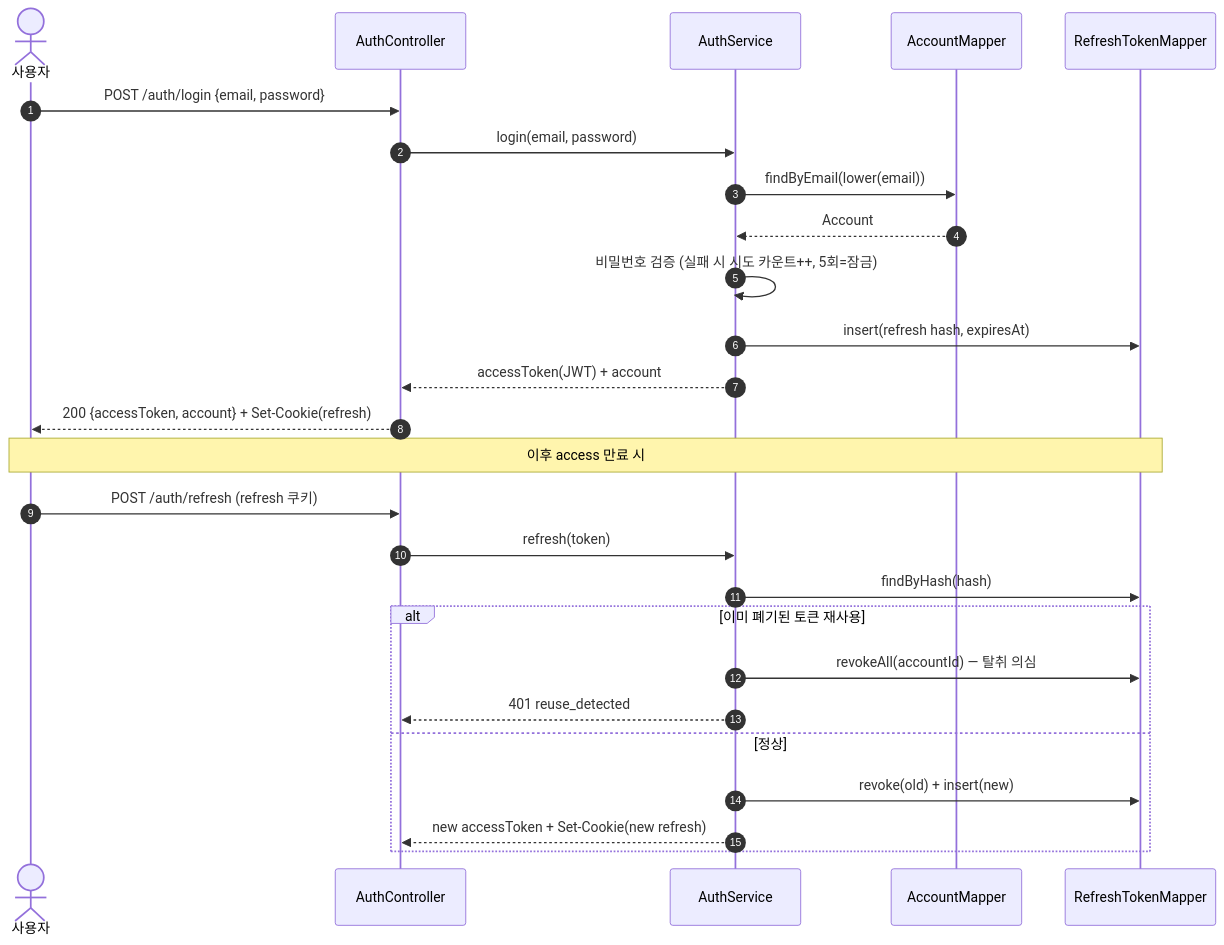
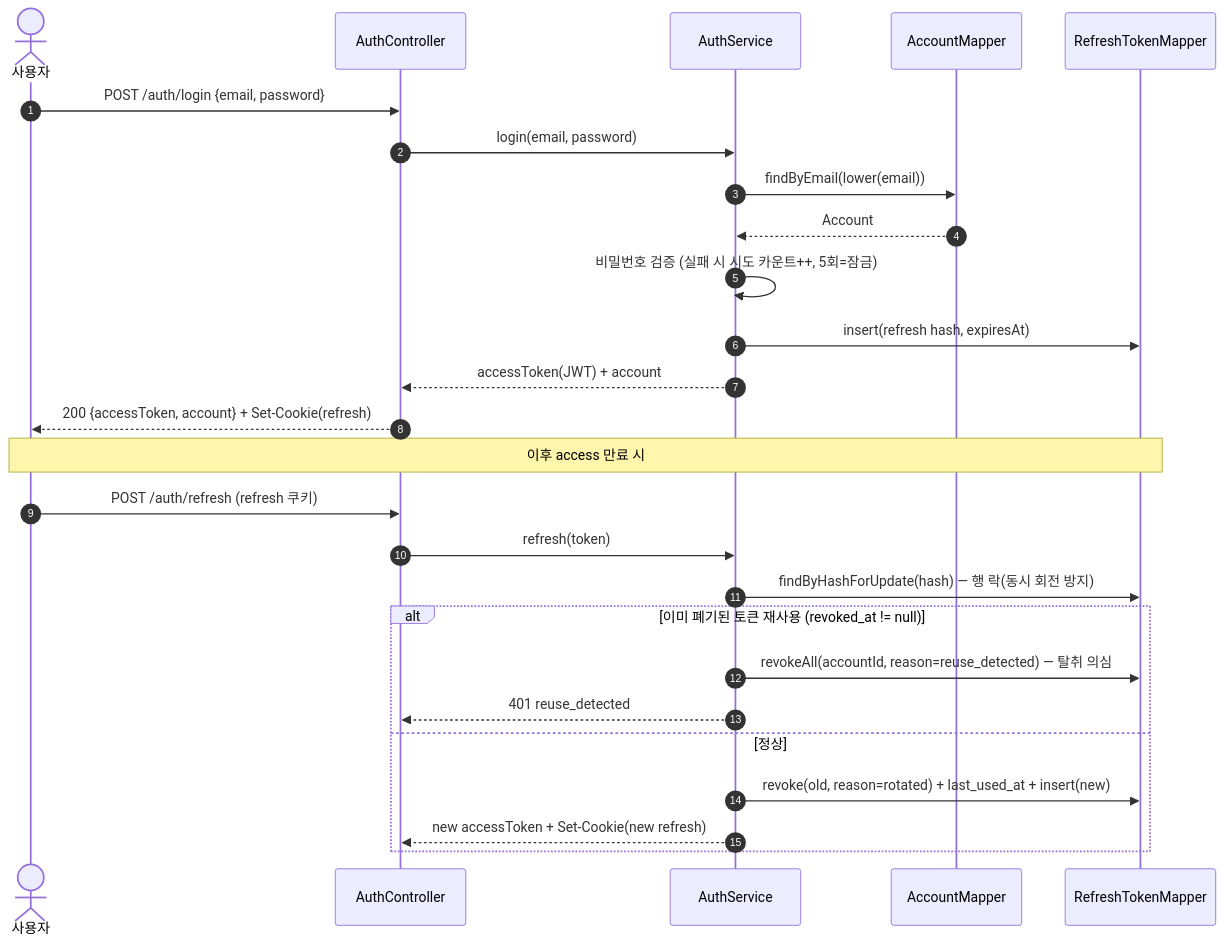
The second of 6 diagrams in docs/class-sequence.md (HyeonJ/sp-project-portal), drawn with Mermaid before and after one commit. The commit also changed other lines of this file and 2 other files, not shown here.

````diff
--- a/docs/class-sequence.md
+++ b/docs/class-sequence.md
@@ -118,28 +131,28 @@
 ```mermaid
 sequenceDiagram
     autonumber
     actor U as 사용자
     participant C as AuthController
     participant S as AuthService
     participant M as AccountMapper
     participant R as RefreshTokenMapper
     U->>C: POST /auth/login {email, password}
     C->>S: login(email, password)
     S->>M: findByEmail(lower(email))
     M-->>S: Account
     S->>S: 비밀번호 검증 (실패 시 시도 카운트++, 5회=잠금)
     S->>R: insert(refresh hash, expiresAt)
     S-->>C: accessToken(JWT) + account
     C-->>U: 200 {accessToken, account} + Set-Cookie(refresh)
     Note over U,R: 이후 access 만료 시
     U->>C: POST /auth/refresh (refresh 쿠키)
     C->>S: refresh(token)
-    S->>R: findByHash(hash)
-    alt 이미 폐기된 토큰 재사용
-        S->>R: revokeAll(accountId) — 탈취 의심
+    S->>R: findByHashForUpdate(hash) — 행 락(동시 회전 방지)
+    alt 이미 폐기된 토큰 재사용 (revoked_at != null)
+        S->>R: revokeAll(accountId, reason=reuse_detected) — 탈취 의심
         S-->>C: 401 reuse_detected
     else 정상
-        S->>R: revoke(old) + insert(new)
+        S->>R: revoke(old, reason=rotated) + last_used_at + insert(new)
         S-->>C: new accessToken + Set-Cookie(new refresh)
     end
 ```
````
